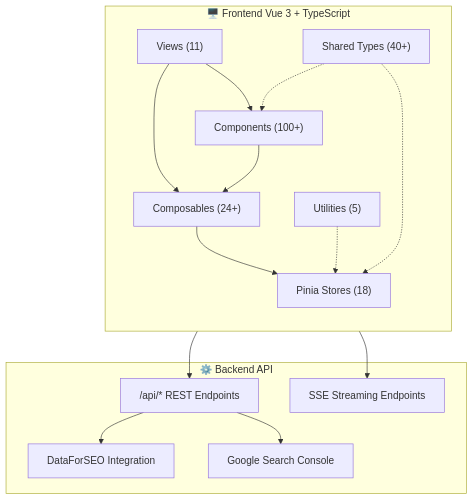
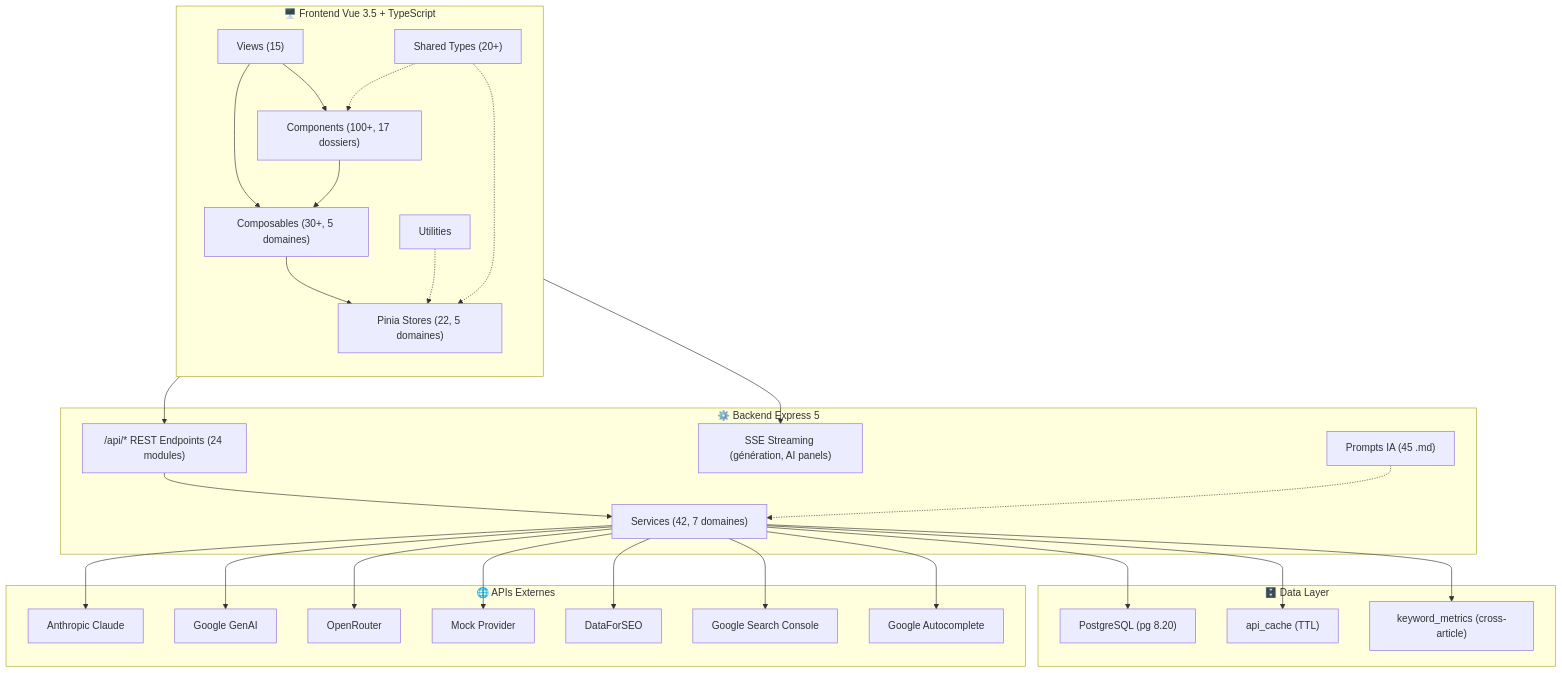
One commit to annubis-knight/Blog_Redactor_SEO changed the first of 24 diagrams in ARCHITECTURE_FLOWS.md. Above: the diagram before and after it, drawn with Mermaid. The commit also changed other lines of this file and 400 other files, not shown here.

````diff
--- a/ARCHITECTURE_FLOWS.md
+++ b/ARCHITECTURE_FLOWS.md
@@ -27,31 +29,57 @@
 ```mermaid
 graph TB
-    subgraph Frontend["🖥️ Frontend Vue 3 + TypeScript"]
+    subgraph Frontend["🖥️ Frontend Vue 3.5 + TypeScript"]
         direction TB
-        Views["Views (11)"]
-        Components["Components (100+)"]
-        Composables["Composables (24+)"]
-        Stores["Pinia Stores (18)"]
-        Utils["Utilities (5)"]
-        Types["Shared Types (40+)"]
+        Views["Views (15)"]
+        Components["Components (100+, 17 dossiers)"]
+        Composables["Composables (30+, 5 domaines)"]
+        Stores["Pinia Stores (22, 5 domaines)"]
+        Utils["Utilities"]
+        Types["Shared Types (20+)"]
     end
 
-    subgraph Backend["⚙️ Backend API"]
-        REST["/api/* REST Endpoints"]
-        SSE["SSE Streaming Endpoints"]
-        DFSEO["DataForSEO Integration"]
+    subgraph Backend["⚙️ Backend Express 5"]
+        REST["/api/* REST Endpoints (24 modules)"]
+        SSE["SSE Streaming (génération, AI panels)"]
+        Services["Services (42, 7 domaines)"]
+        Prompts["Prompts IA (45 .md)"]
+    end
+
+    subgraph DataLayer["🗄️ Data Layer"]
+        PG["PostgreSQL (pg 8.20)"]
+        ApiCache["api_cache (TTL)"]
+        KwMetrics["keyword_metrics (cross-article)"]
+    end
+
+    subgraph External["🌐 APIs Externes"]
+        Claude["Anthropic Claude"]
+        Gemini["Google GenAI"]
+        OpenRouter["OpenRouter"]
+        Mock["Mock Provider"]
+        DFSEO["DataForSEO"]
         GSC["Google Search Console"]
+        Autocomplete["Google Autocomplete"]
     end
 
     Views --> Components
     Views --> Composables
     Composables --> Stores
     Components --> Composables
     Stores --> REST
     Stores --> SSE
-    REST --> DFSEO
-    REST --> GSC
+    REST --> Services
+    Services --> PG
+    Services --> ApiCache
+    Services --> KwMetrics
+    Services --> Claude
+    Services --> Gemini
+    Services --> OpenRouter
+    Services --> Mock
+    Services --> DFSEO
+    Services --> GSC
+    Services --> Autocomplete
     Utils -.-> Stores
     Types -.-> Stores
     Types -.-> Components
+    Prompts -.-> Services
 ```
````
